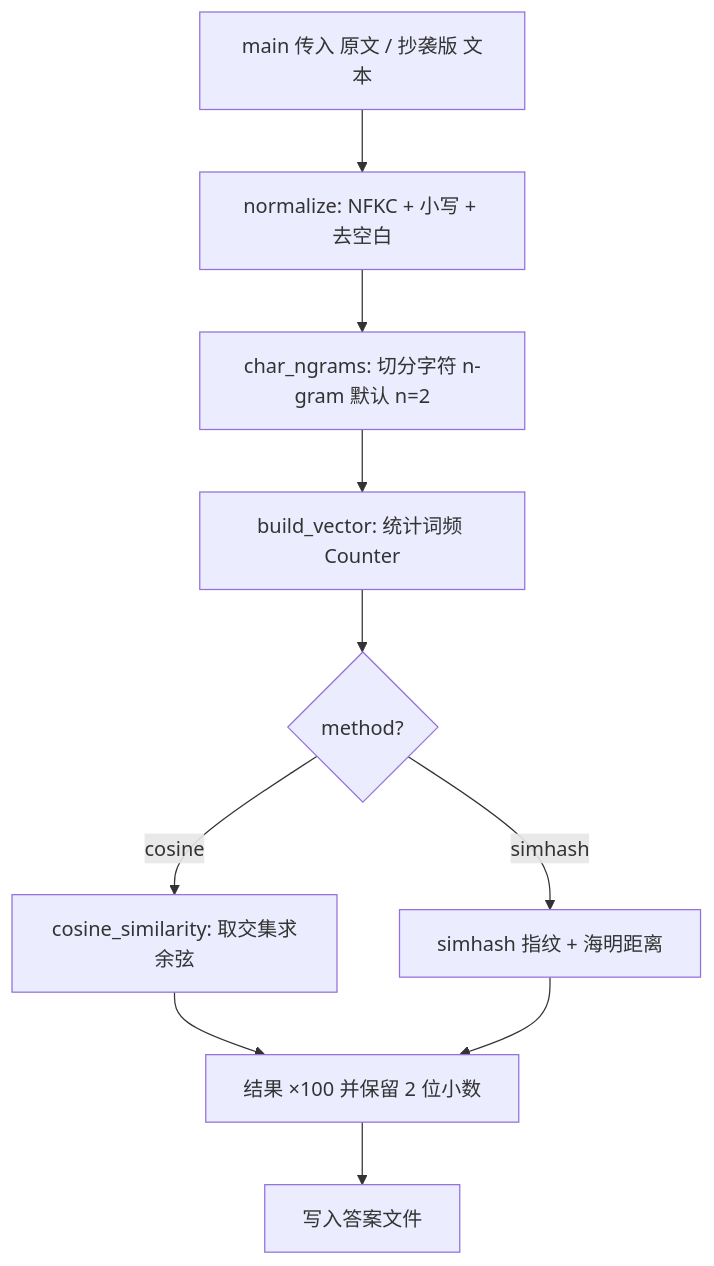
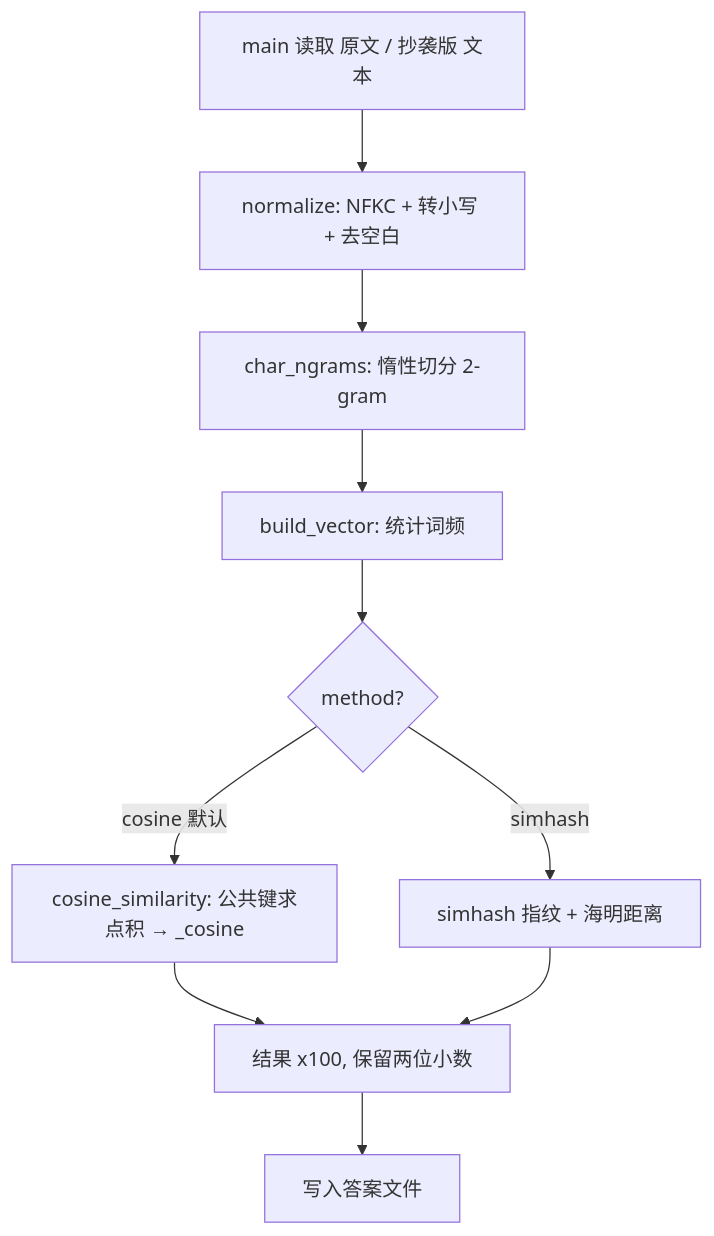
One commit to LoVseele/LoVseele changed the diagram in 3124004443/BLOG.md. Above: the diagram before and after it, drawn with Mermaid. The commit also changed other lines of this file and 10 other files, not shown here.

````diff
--- a/3124004443/BLOG.md
+++ b/3124004443/BLOG.md
@@ -65,12 +55,12 @@
 ```mermaid
 flowchart TD
-    A[main 传入 原文 / 抄袭版 文本] --> B[normalize: NFKC + 小写 + 去空白]
-    B --> C[char_ngrams: 切分字符 n-gram 默认 n=2]
-    C --> D[build_vector: 统计词频 Counter]
+    A[main 读取 原文 / 抄袭版 文本] --> B[normalize: NFKC + 转小写 + 去空白]
+    B --> C[char_ngrams: 惰性切分 2-gram]
+    C --> D[build_vector: 统计词频]
     D --> E{method?}
-    E -->|cosine| F[cosine_similarity: 取交集求余弦]
+    E -->|cosine 默认| F[cosine_similarity: 公共键求点积 → _cosine]
     E -->|simhash| G[simhash 指纹 + 海明距离]
-    F --> H[结果 ×100 并保留 2 位小数]
+    F --> H[结果 x100, 保留两位小数]
     G --> H
     H --> I[写入答案文件]
 ```
````
